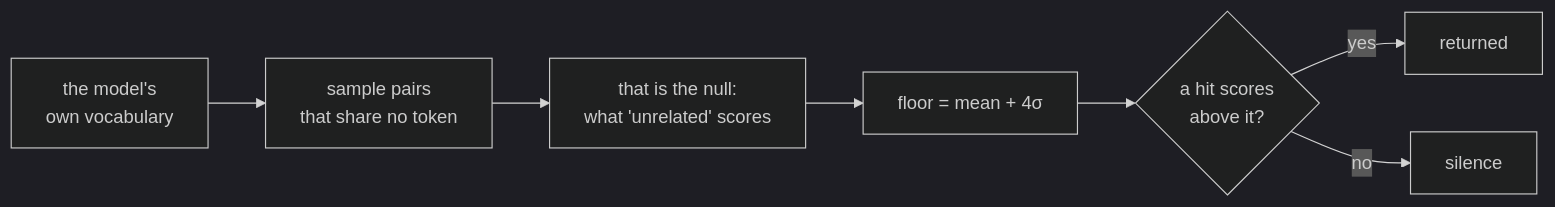
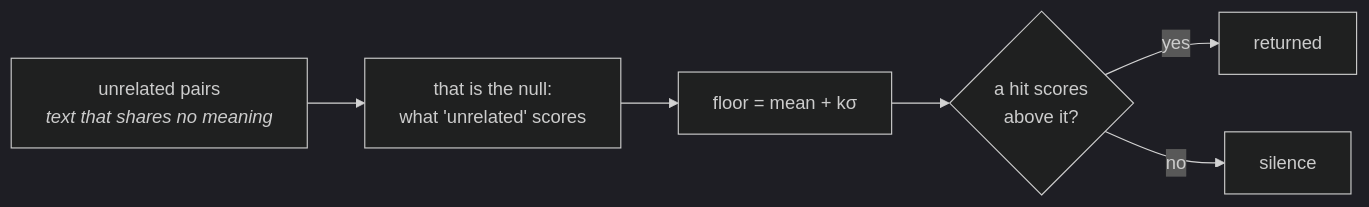
The fourth of 4 diagrams in docs/concepts/recall.md (marcus-campos/parley), drawn with Mermaid (dark theme) before and after one commit. The commit also changed other lines of this file and 24 other files, not shown here.

````diff
--- a/docs/concepts/recall.md
+++ b/docs/concepts/recall.md
@@ -170,9 +212,8 @@
 ```mermaid
 flowchart LR
-    A["the model's<br/>own vocabulary"] --> B["sample pairs<br/>that share no token"]
-    B --> C["that is the null:<br/>what 'unrelated' scores"]
-    C --> D["floor = mean + 4σ"]
-    D --> E{"a hit scores<br/>above it?"}
-    E -- yes --> F[returned]
-    E -- no --> G[silence]
+    A["unrelated pairs<br/><i>text that shares no meaning</i>"] --> B["that is the null:<br/>what 'unrelated' scores"]
+    B --> C["floor = mean + kσ"]
+    C --> D{"a hit scores<br/>above it?"}
+    D -- yes --> E[returned]
+    D -- no --> F[silence]
 ```
````
